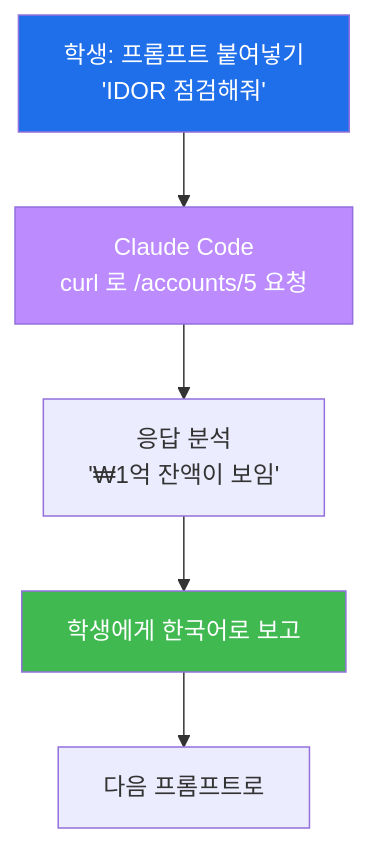
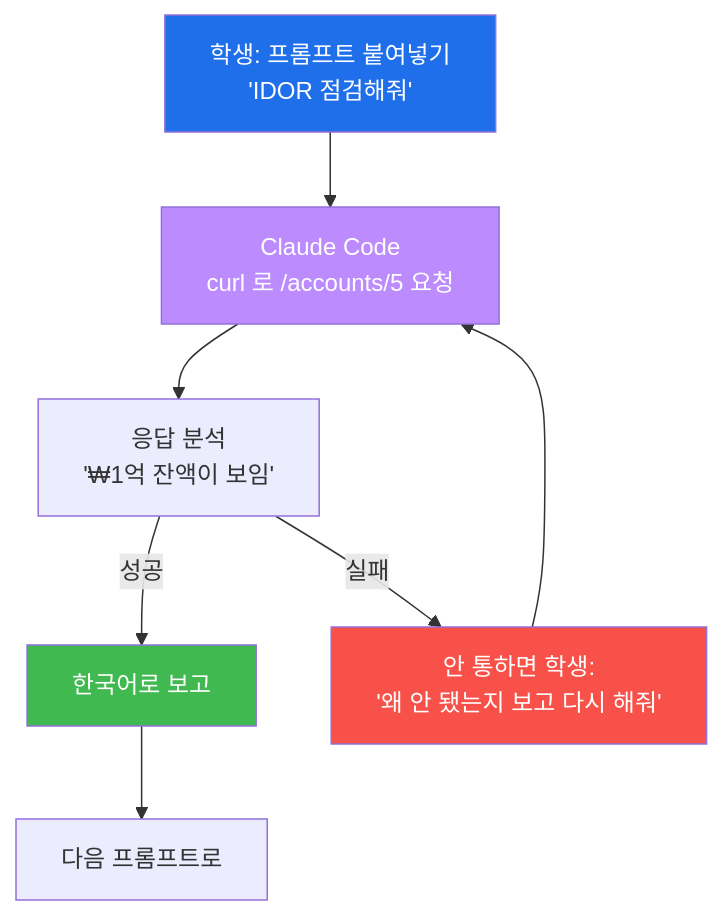
One commit to mrgrit/easy_web_hacking_class changed the fifth of 6 diagrams in contents/training/lecture_week04.md. Above: the diagram before and after it, drawn with Mermaid. The commit also changed other lines of this file and 23 other files, not shown here.

````diff
--- a/contents/training/lecture_week04.md
+++ b/contents/training/lecture_week04.md
@@ -106,10 +371,16 @@
 ```mermaid
 graph TD
-    A["학생: 프롬프트 붙여넣기<br/>'IDOR 점검해줘'"] --> B["Claude Code<br/>curl 로 /accounts/5 요청"]
-    B --> C["응답 분석<br/>'₩1억 잔액이 보임'"]
-    C --> D["학생에게 한국어로 보고"]
-    D --> E["다음 프롬프트로"]
-    style A fill:#1f6feb,color:#fff
-    style B fill:#bc8cff,color:#fff
-    style D fill:#3fb950,color:#fff
+    S["학생: 프롬프트 붙여넣기<br/>'IDOR 점검해줘'"]
+    CC["Claude Code<br/>curl 로 /accounts/5 요청"]
+    R["응답 분석<br/>'₩1억 잔액이 보임'"]
+    OK["한국어로 보고"]
+    NEXT["다음 프롬프트로"]
+    FAIL["안 통하면 학생:<br/>'왜 안 됐는지 보고 다시 해줘'"]
+    S --> CC --> R
+    R -->|성공| OK --> NEXT
+    R -->|실패| FAIL --> CC
+    style S fill:#1f6feb,color:#fff
+    style CC fill:#bc8cff,color:#fff
+    style OK fill:#3fb950,color:#fff
+    style FAIL fill:#f85149,color:#fff
 ```
````
